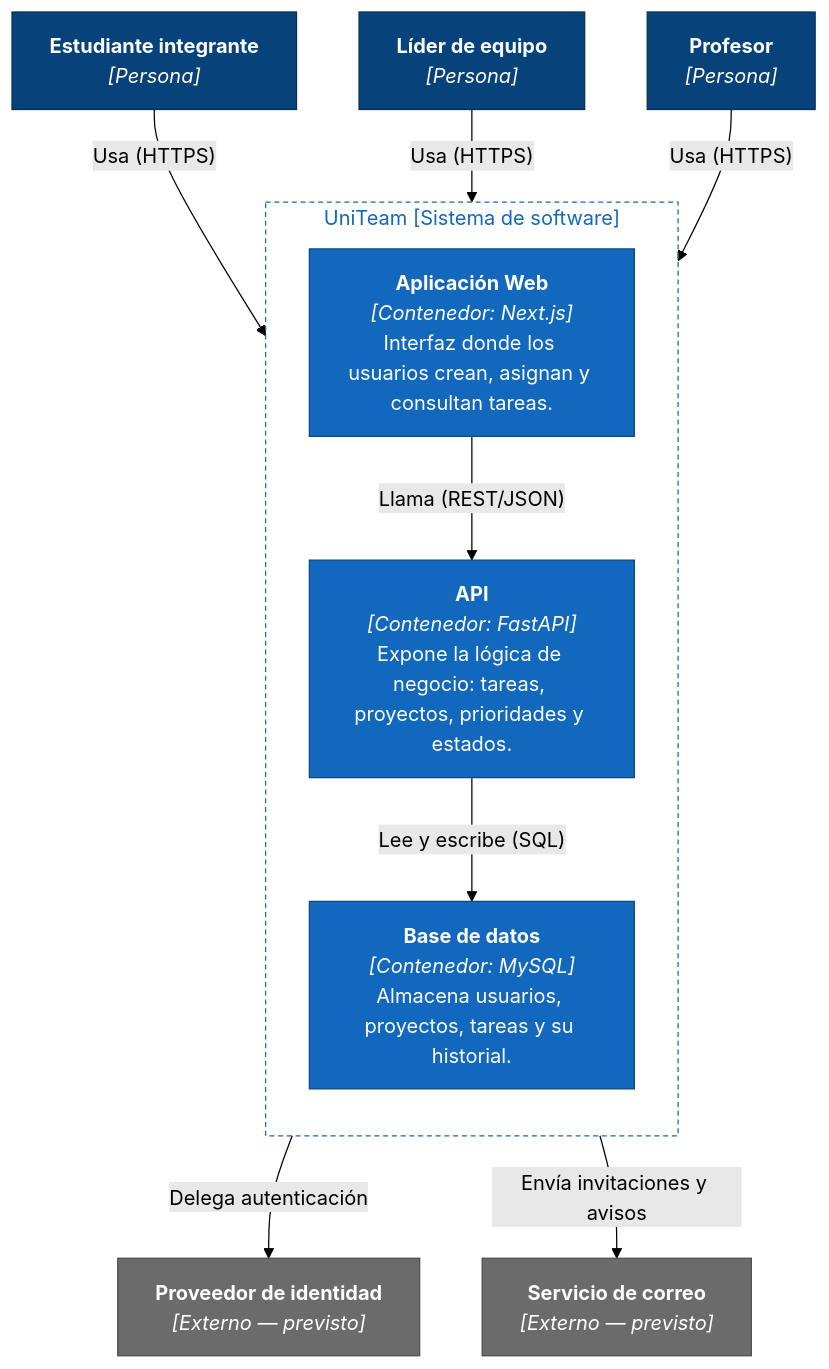
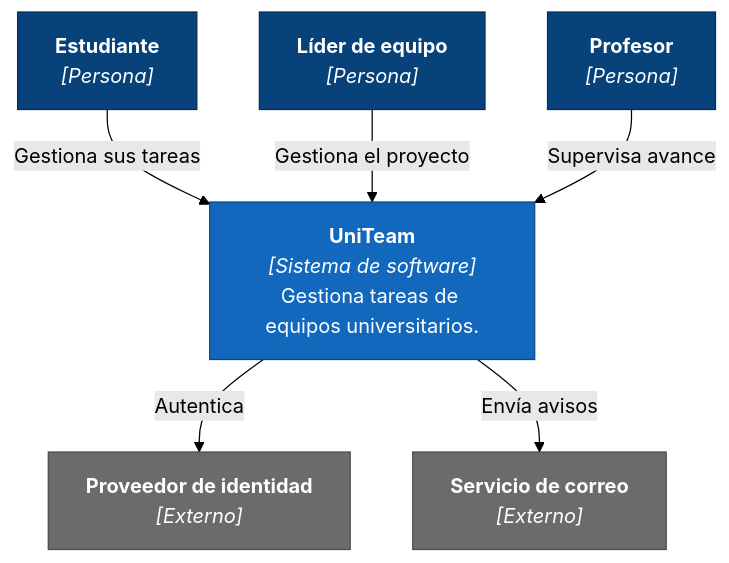
The diagram in docs/c4/nivel1-contexto.md (ISCOUTB/AS_202620_uniTeam), drawn with Mermaid (forest theme) before and after one commit.

Commit message:
Update system diagram in nivel1-contexto.md

````diff
--- a/docs/c4/nivel1-contexto.md
+++ b/docs/c4/nivel1-contexto.md
@@ -10,37 +10,26 @@
 ```mermaid
 flowchart TB
- subgraph sys["UniTeam [Sistema de software]"]
-    direction TB
-        web["<b>Aplicación Web</b><br><i>[Contenedor: Next.js]</i><br>Interfaz donde los usuarios crean, asignan y consultan tareas."]
-        api["<b>API</b><br><i>[Contenedor: FastAPI]</i><br>Expone la lógica de negocio: tareas, proyectos, prioridades y estados."]
-        db["<b>Base de datos</b><br><i>[Contenedor: MySQL]</i><br>Almacena usuarios, proyectos, tareas y su historial."]
-  end
-    est["<b>Estudiante integrante</b><br><i>[Persona]</i>"] -- Usa (HTTPS) --> web
-    lid["<b>Líder de equipo</b><br><i>[Persona]</i>"] -- Usa (HTTPS) --> web
-    pro["<b>Profesor</b><br><i>[Persona]</i>"] -- Usa (HTTPS) --> web
-    web -- Llama (REST/JSON) --> api
-    api -- Lee y escribe (SQL) --> db
-    api -- Delega autenticación --> idp["<b>Proveedor de identidad</b><br><i>[Externo — previsto]</i>"]
-    api -- Envía invitaciones y avisos --> mail["<b>Servicio de correo</b><br><i>[Externo — previsto]</i>"]
+    est["<b>Estudiante</b><br/><i>[Persona]</i>"]
+    lid["<b>Líder de equipo</b><br/><i>[Persona]</i>"]
+    pro["<b>Profesor</b><br/><i>[Persona]</i>"]
 
-    est@{ shape: rect}
-    lid@{ shape: rect}
-    pro@{ shape: rect}
-     web:::contenedor
-     api:::contenedor
-     db:::contenedor
-     est:::persona
-     lid:::persona
-     pro:::persona
-     idp:::externo
-     mail:::externo
+    sys["<b>UniTeam</b><br/><i>[Sistema de software]</i><br/>Gestiona tareas de equipos universitarios."]
+
+    idp["<b>Proveedor de identidad</b><br/><i>[Externo]</i>"]
+    mail["<b>Servicio de correo</b><br/><i>[Externo]</i>"]
+
+    est -->|"Gestiona sus tareas"| sys
+    lid -->|"Gestiona el proyecto"| sys
+    pro -->|"Supervisa avance"| sys
+
+    sys -->|"Autentica"| idp
+    sys -->|"Envía avisos"| mail
+
     classDef persona fill:#08427b,stroke:#052e56,color:#ffffff
-    classDef contenedor fill:#1168bd,stroke:#0b4884,color:#ffffff
+    classDef sistema fill:#1168bd,stroke:#0b4884,color:#ffffff
     classDef externo fill:#6b6b6b,stroke:#4d4d4d,color:#ffffff
-    classDef limite fill:none,stroke:#1168bd,stroke-dasharray: 4 3,color:#1168bd
 
     class est,lid,pro persona
-    class web,api,db contenedor
+    class sys sistema
     class idp,mail externo
-    class sys limite
 ```
````
